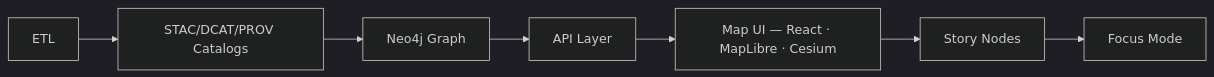
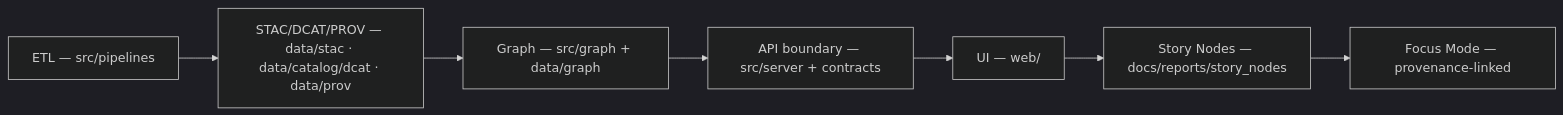
One commit to bartytime4life/Kansas-Frontier-Matrix changed the first of 2 diagrams in README.md. Above: the diagram before and after it, drawn with Mermaid (dark theme). The commit also changed other lines of this file, not shown here.

```diff
--- a/README.md
+++ b/README.md
@@ -227,9 +249,9 @@
 ~~~mermaid
 flowchart LR
-  A[ETL] --> B[STAC/DCAT/PROV Catalogs]
-  B --> C[Neo4j Graph]
-  C --> D[API Layer]
-  D --> E[Map UI — React · MapLibre · Cesium]
-  E --> F[Story Nodes]
-  F --> G[Focus Mode]
+  A["ETL — src/pipelines"] --> B["STAC/DCAT/PROV — data/stac · data/catalog/dcat · data/prov"]
+  B --> C["Graph — src/graph + data/graph"]
+  C --> D["API boundary — src/server + contracts"]
+  D --> E["UI — web/"]
+  E --> F["Story Nodes — docs/reports/story_nodes"]
+  F --> G["Focus Mode — provenance-linked"]
 ~~~
```
